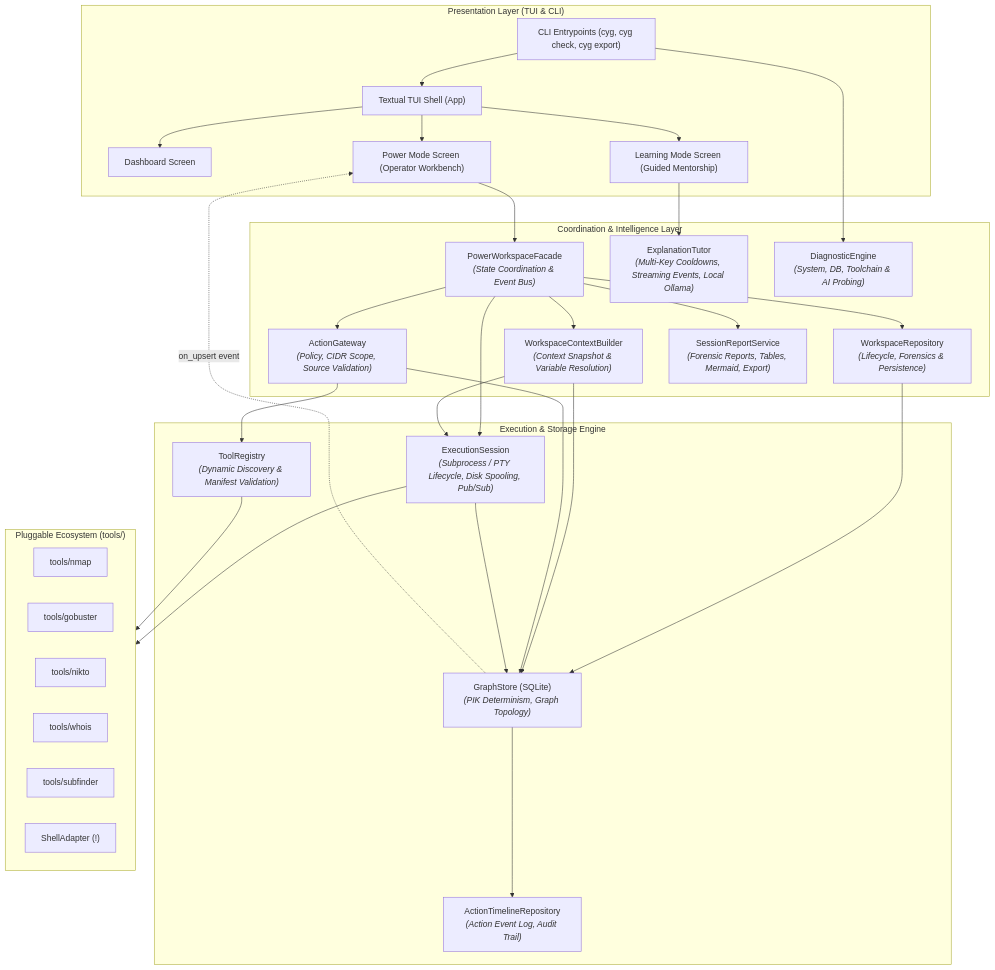
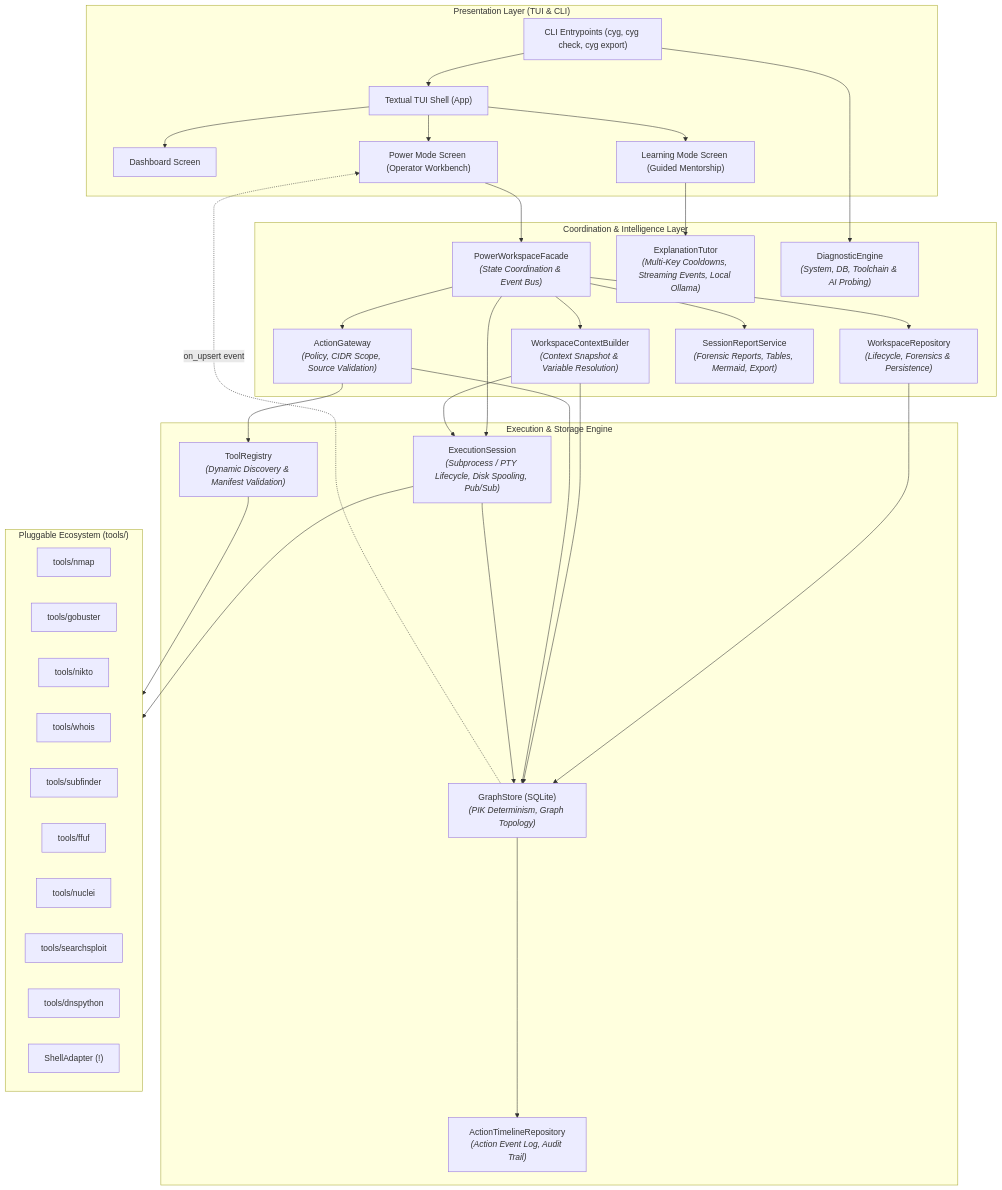
One commit to h45sh/cyguide changed the first of 3 diagrams in docs/developer/ARCHITECTURE.md. Above: the diagram before and after it, drawn with Mermaid. The commit also changed other lines of this file and 17 other files, not shown here.

````diff
--- a/docs/developer/ARCHITECTURE.md
+++ b/docs/developer/ARCHITECTURE.md
@@ -45,63 +49,67 @@
 ```mermaid
 graph TB
     subgraph PresentationLayer["Presentation Layer (TUI & CLI)"]
         CLI["CLI Entrypoints (cyg, cyg check, cyg export)"]
         TUI["Textual TUI Shell (App)"]
         DashScreen["Dashboard Screen"]
         PowerScreen["Power Mode Screen (Operator Workbench)"]
         LearnScreen["Learning Mode Screen (Guided Mentorship)"]
     end
 
     subgraph CoordinationLayer["Coordination & Intelligence Layer"]
         Facade["PowerWorkspaceFacade<br><i>(State Coordination & Event Bus)</i>"]
         Context["WorkspaceContextBuilder<br><i>(Context Snapshot & Variable Resolution)</i>"]
         Workspaces["WorkspaceRepository<br><i>(Lifecycle, Forensics & Persistence)</i>"]
         Gateway["ActionGateway<br><i>(Policy, CIDR Scope, Source Validation)</i>"]
         Tutor["ExplanationTutor<br><i>(Multi-Key Cooldowns, Streaming Events, Local Ollama)</i>"]
         Diag["DiagnosticEngine<br><i>(System, DB, Toolchain & AI Probing)</i>"]
         Report["SessionReportService<br><i>(Forensic Reports, Tables, Mermaid, Export)</i>"]
     end
 
     subgraph CoreEngine["Execution & Storage Engine"]
         ExecSession["ExecutionSession<br><i>(Subprocess / PTY Lifecycle, Disk Spooling, Pub/Sub)</i>"]
         Store["GraphStore (SQLite)<br><i>(PIK Determinism, Graph Topology)</i>"]
         Timeline["ActionTimelineRepository<br><i>(Action Event Log, Audit Trail)</i>"]
         Registry["ToolRegistry<br><i>(Dynamic Discovery & Manifest Validation)</i>"]
     end
 
     subgraph PluginLayer["Pluggable Ecosystem (tools/)"]
         Nmap["tools/nmap"]
         Gobuster["tools/gobuster"]
         Nikto["tools/nikto"]
         Whois["tools/whois"]
         Subfinder["tools/subfinder"]
+        FFUF["tools/ffuf"]
+        Nuclei["tools/nuclei"]
+        SearchSploit["tools/searchsploit"]
+        DnsPython["tools/dnspython"]
         Shell["ShellAdapter (!)"]
     end
 
     CLI --> TUI
     TUI --> DashScreen
     TUI --> PowerScreen
     TUI --> LearnScreen
 
     PowerScreen --> Facade
     LearnScreen --> Tutor
     CLI --> Diag
 
     Facade --> Gateway
     Facade --> Context
     Facade --> Workspaces
     Facade --> Report
     Facade --> ExecSession
     Workspaces --> Store
     Store --> Timeline
     Context --> Store
     Context --> ExecSession
 
     Gateway --> Registry
     Gateway --> Store
     Store -.->|on_upsert event| PowerScreen
 
     ExecSession --> PluginLayer
     Registry --> PluginLayer
     ExecSession --> Store
 ```
````
